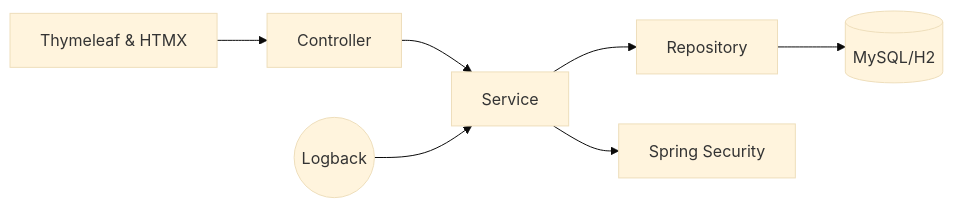
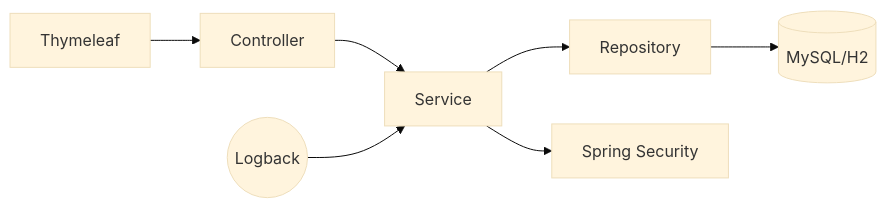
The diagram in README.md (anaturcitu/BookManagement), drawn with Mermaid (base theme) before and after one commit.

````diff
--- a/README.md
+++ b/README.md
@@ -105,9 +105,10 @@
 ```mermaid
 graph LR
-    UI[Thymeleaf & HTMX] --> C[Controller]
+    UI[Thymeleaf] --> C[Controller]
     C --> S[Service]
     S --> R[Repository]
     R --> DB[(MySQL/H2)]
     S --> Sec[Spring Security]
     Logs((Logback)) --> S
+
 ```
````
